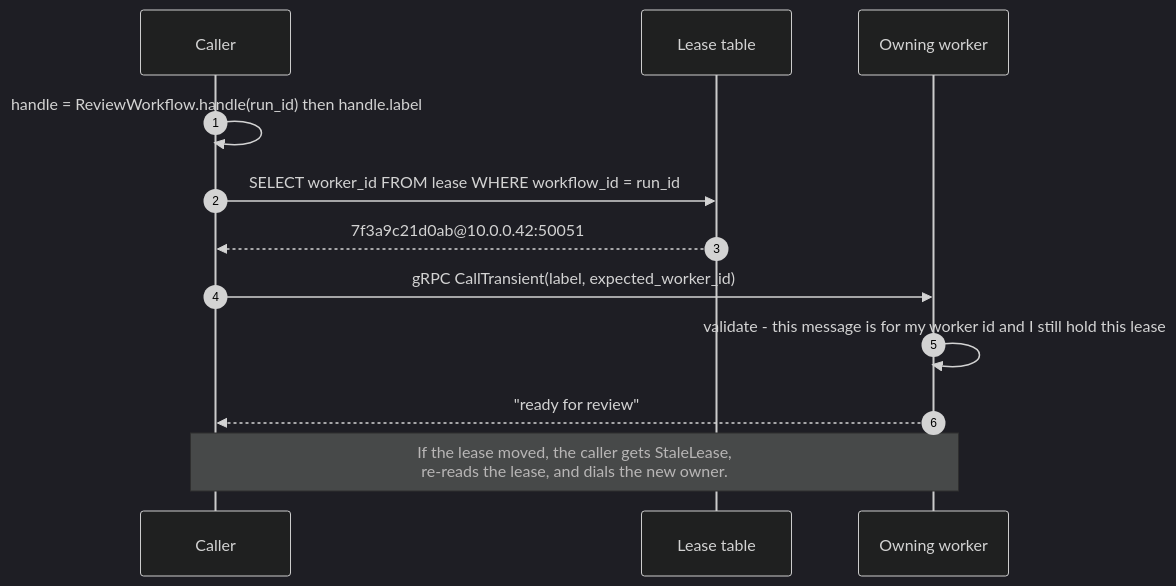
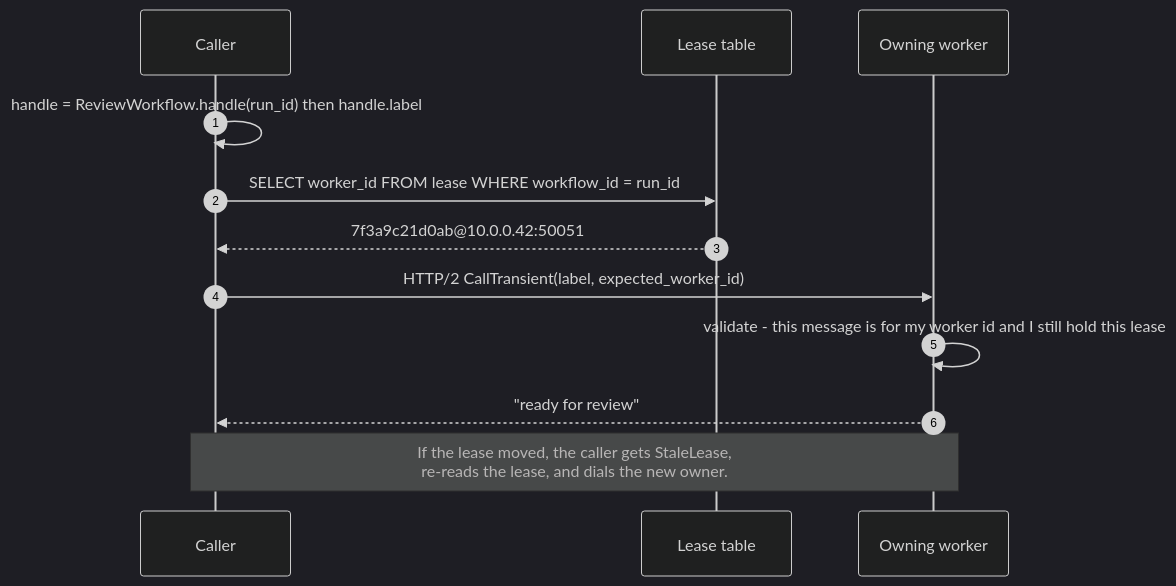
The third of 3 diagrams in docs/content/cluster-rpc.md (harrymees/durababble), drawn with Mermaid (dark theme) before and after one commit. The commit also changed other lines of this file and 15 other files, not shown here.

````diff
--- a/docs/content/cluster-rpc.md
+++ b/docs/content/cluster-rpc.md
@@ -98,16 +98,16 @@
 ```mermaid
 sequenceDiagram
     autonumber
     participant C as Caller
     participant DB as Lease table
     participant O as Owning worker
 
     C->>C: handle = ReviewWorkflow.handle(run_id) then handle.label
     C->>DB: SELECT worker_id FROM lease WHERE workflow_id = run_id
     DB-->>C: 7f3a9c21d0ab@10.0.0.42:50051
-    C->>O: gRPC CallTransient(label, expected_worker_id)
+    C->>O: HTTP/2 CallTransient(label, expected_worker_id)
     O->>O: validate - this message is for my worker id and I still hold this lease
     O-->>C: "ready for review"
 
     Note over C,O: If the lease moved, the caller gets StaleLease,<br/>re-reads the lease, and dials the new owner.
 ```
````
